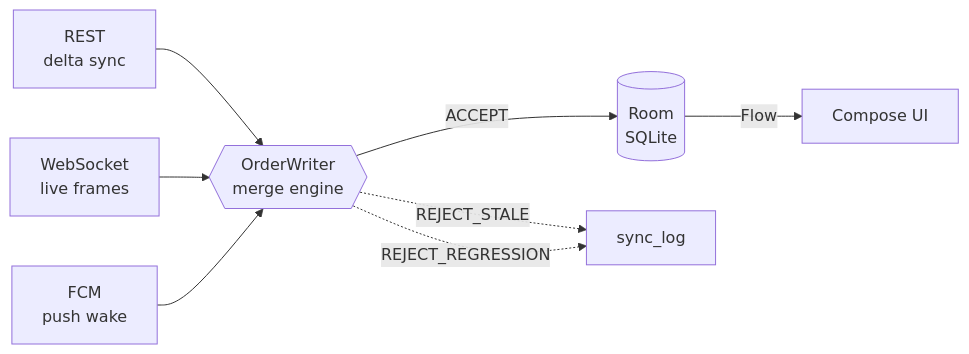
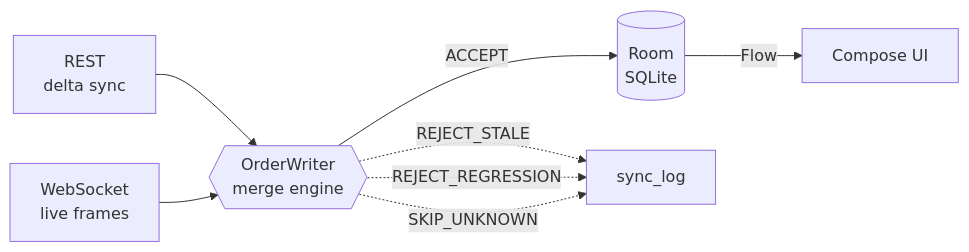
One commit to Madhav-000-s/Offline-first-order-tracking-app changed the diagram in README.md. Above: the diagram before and after it, drawn with Mermaid. The commit also changed other lines of this file, not shown here.

````diff
--- a/README.md
+++ b/README.md
@@ -62,10 +62,10 @@
 ```mermaid
 flowchart LR
     REST[REST<br/>delta sync] --> W
     WS[WebSocket<br/>live frames] --> W
-    FCM[FCM<br/>push wake] --> W
     W{{OrderWriter<br/>merge engine}} -->|ACCEPT| DB[(Room<br/>SQLite)]
     W -.->|REJECT_STALE| L[sync_log]
     W -.->|REJECT_REGRESSION| L
+    W -.->|SKIP_UNKNOWN| L
     DB -->|Flow| UI[Compose UI]
 ```
````
